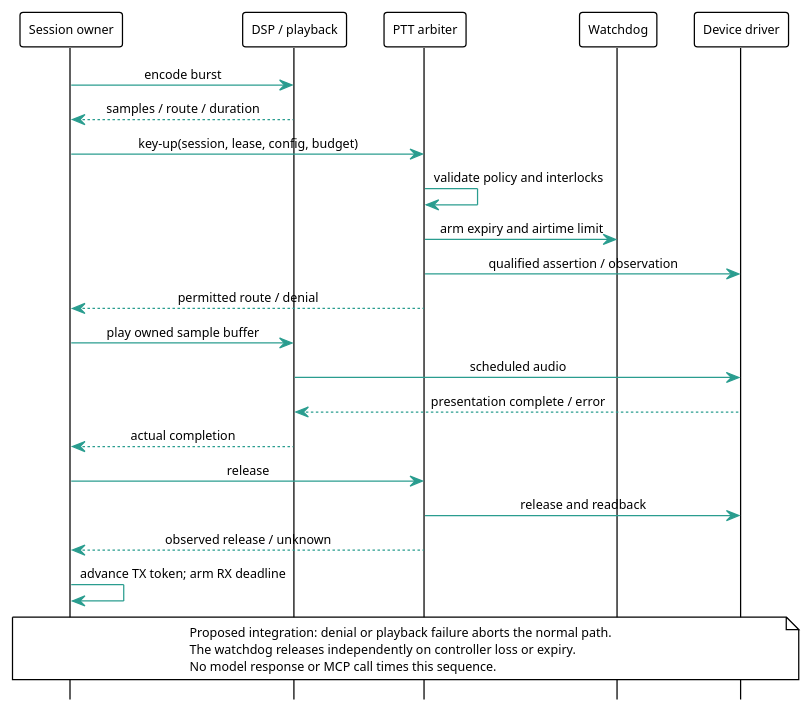
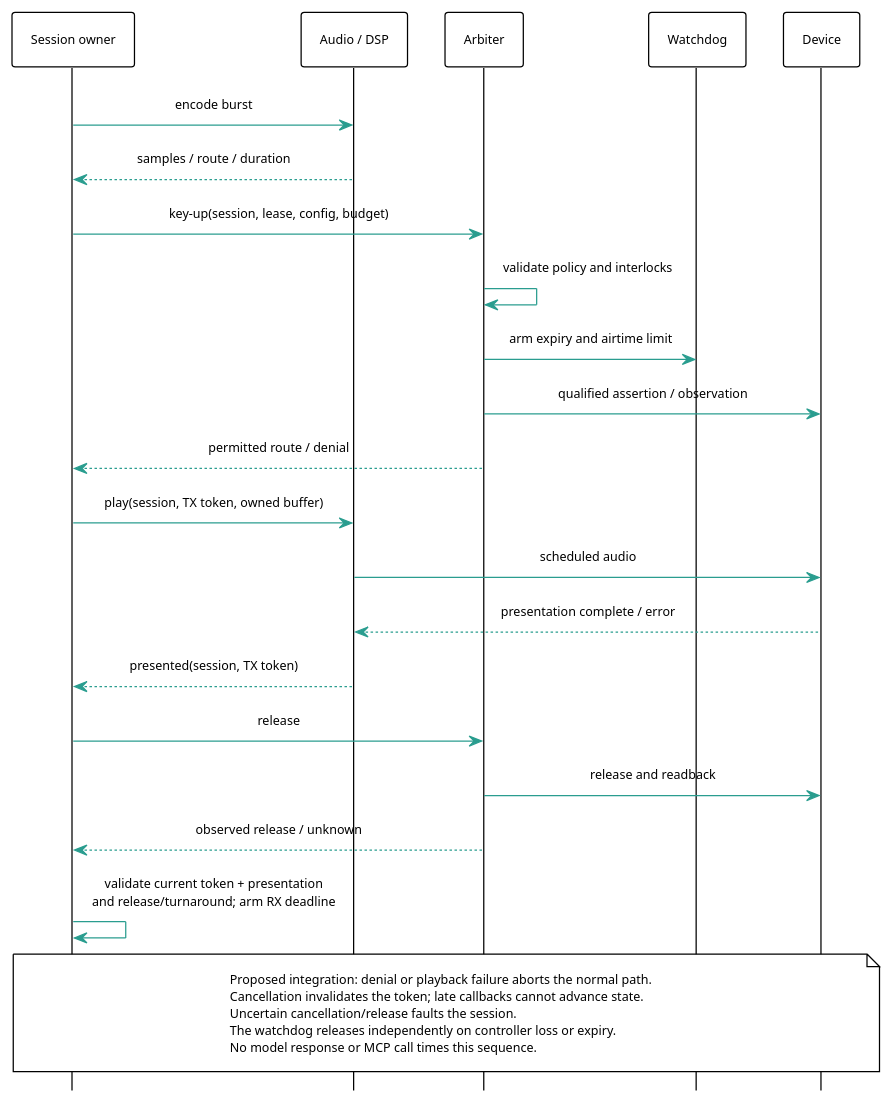
One commit to 8r4n/linkwise changed the diagram in docs/whitepaper/diagrams/modem-keying-sequence.puml. Above: the diagram before and after it, drawn with PlantUML. The commit also changed 39 other files, not shown here.

```diff
--- a/docs/whitepaper/diagrams/modem-keying-sequence.puml
+++ b/docs/whitepaper/diagrams/modem-keying-sequence.puml
@@ -1,35 +1,38 @@
 @startuml Linkwise_Modem_Keying
 !theme plain
 skinparam backgroundColor #FFFFFF
 skinparam shadowing false
+skinparam Padding 8
 skinparam defaultFontName "Latin Modern Roman"
 skinparam defaultFontSize 10
 skinparam sequenceMessageAlign center
 skinparam ArrowColor #2A9D8F
 hide footbox
 participant "Session owner" as Session
-participant "DSP / playback" as DSP
-participant "PTT arbiter" as PTT
+participant "Audio / DSP" as DSP
+participant "Arbiter" as PTT
 participant "Watchdog" as WD
-participant "Device driver" as HW
+participant "Device" as HW
 Session -> DSP: encode burst
 DSP --> Session: samples / route / duration
 Session -> PTT: key-up(session, lease, config, budget)
 PTT -> PTT: validate policy and interlocks
 PTT -> WD: arm expiry and airtime limit
 PTT -> HW: qualified assertion / observation
 PTT --> Session: permitted route / denial
-Session -> DSP: play owned sample buffer
+Session -> DSP: play(session, TX token, owned buffer)
 DSP -> HW: scheduled audio
 HW --> DSP: presentation complete / error
-DSP --> Session: actual completion
+DSP --> Session: presented(session, TX token)
 Session -> PTT: release
 PTT -> HW: release and readback
 PTT --> Session: observed release / unknown
-Session -> Session: advance TX token; arm RX deadline
+Session -> Session: validate current token + presentation\nand release/turnaround; arm RX deadline
 note over Session,HW
  Proposed integration: denial or playback failure aborts the normal path.
+ Cancellation invalidates the token; late callbacks cannot advance state.
+ Uncertain cancellation/release faults the session.
  The watchdog releases independently on controller loss or expiry.
  No model response or MCP call times this sequence.
 end note
 @enduml
```
